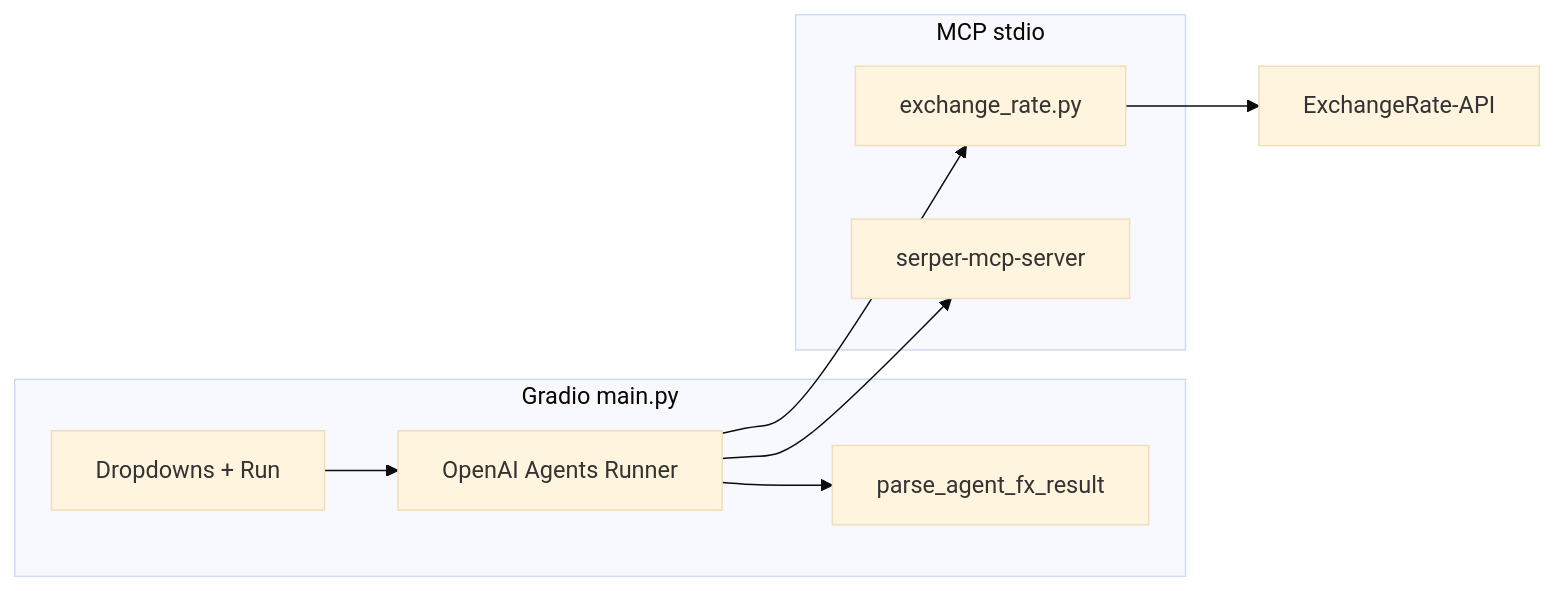
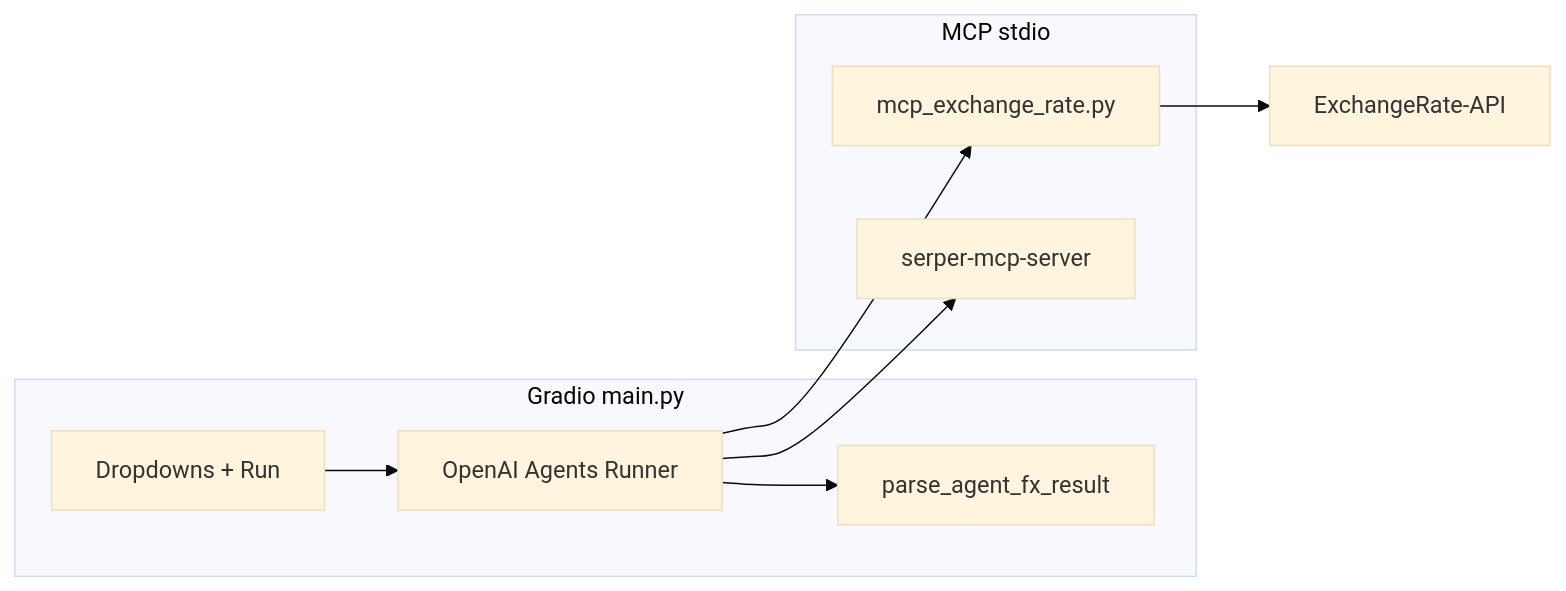
The diagram in 6_mcp/community_contributions/wakanda-Abayomi/README.md (ed-donner/agents), drawn with Mermaid (base theme) before and after one commit. The commit also changed other lines of this file and 2 other files, not shown here.

Commit message:
implement Ai powered Forex rate with MCP

````diff
--- a/6_mcp/community_contributions/wakanda-Abayomi/README.md
+++ b/6_mcp/community_contributions/wakanda-Abayomi/README.md
@@ -90,17 +90,17 @@
 ```mermaid
 flowchart LR
   subgraph ui [Gradio main.py]
     UI[Dropdowns + Run]
     Agent[OpenAI Agents Runner]
     Parse[parse_agent_fx_result]
     UI --> Agent
     Agent --> Parse
   end
   subgraph mcp [MCP stdio]
-    FX[exchange_rate.py]
+    FX[mcp_exchange_rate.py]
     SR[serper-mcp-server]
   end
   Agent --> FX
   Agent --> SR
   FX --> API[ExchangeRate-API]
 ```
````
